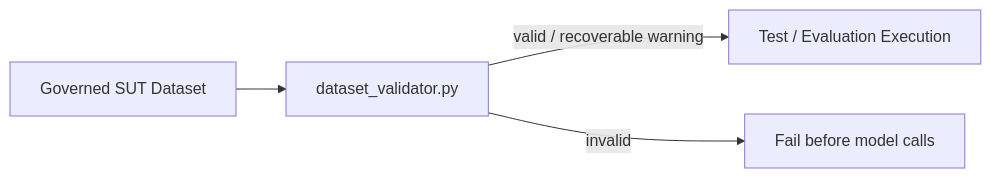
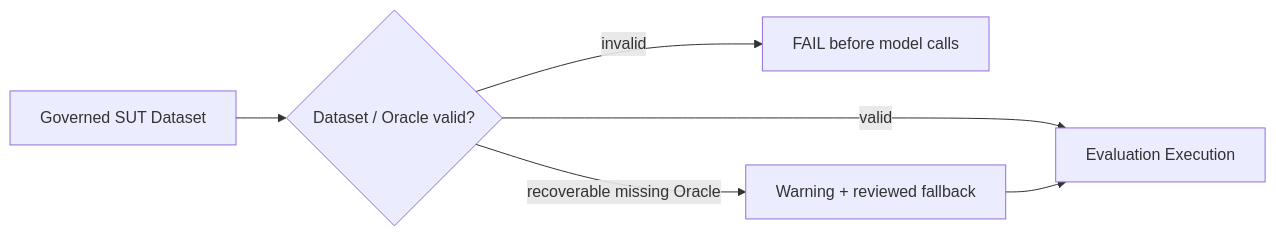
One commit to oleksandrserhieiev-beep/ai-qe-lab changed the second of 5 diagrams in docs/architecture.md. Above: the diagram before and after it, drawn with Mermaid. The commit also changed other lines of this file, not shown here.

````diff
--- a/docs/architecture.md
+++ b/docs/architecture.md
@@ -212,6 +99,8 @@
 ```mermaid
 flowchart LR
-    D[Governed SUT Dataset] --> V[dataset_validator.py]
-    V -->|valid / recoverable warning| R[Test / Evaluation Execution]
-    V -->|invalid| F[Fail before model calls]
+    D["Governed SUT Dataset"] --> V{"Dataset / Oracle valid?"}
+    V -->|invalid| F["FAIL before model calls"]
+    V -->|valid| E["Evaluation Execution"]
+    V -->|recoverable missing Oracle| W["Warning + reviewed fallback"]
+    W --> E
 ```
````
